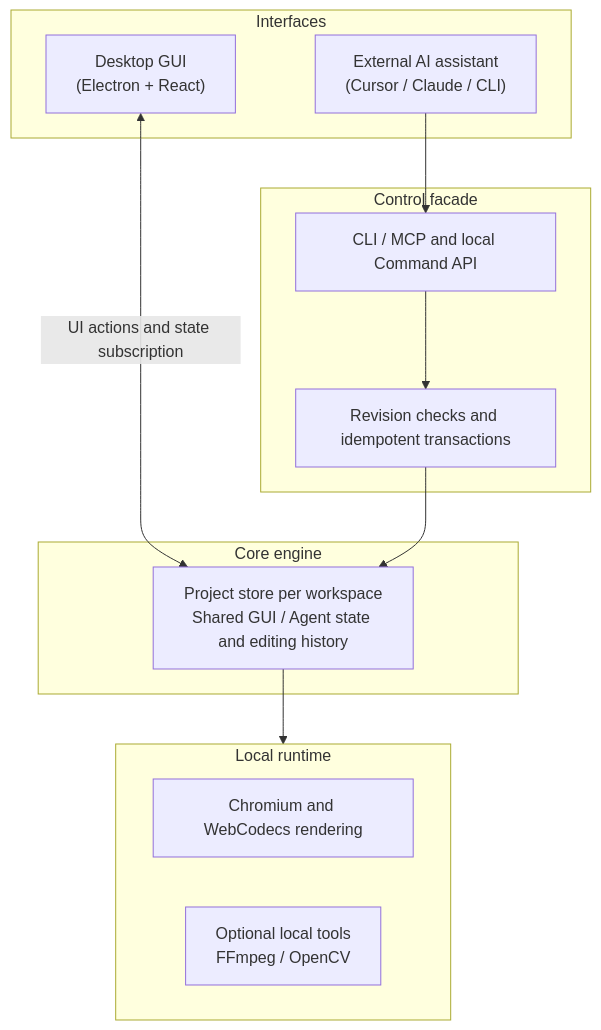
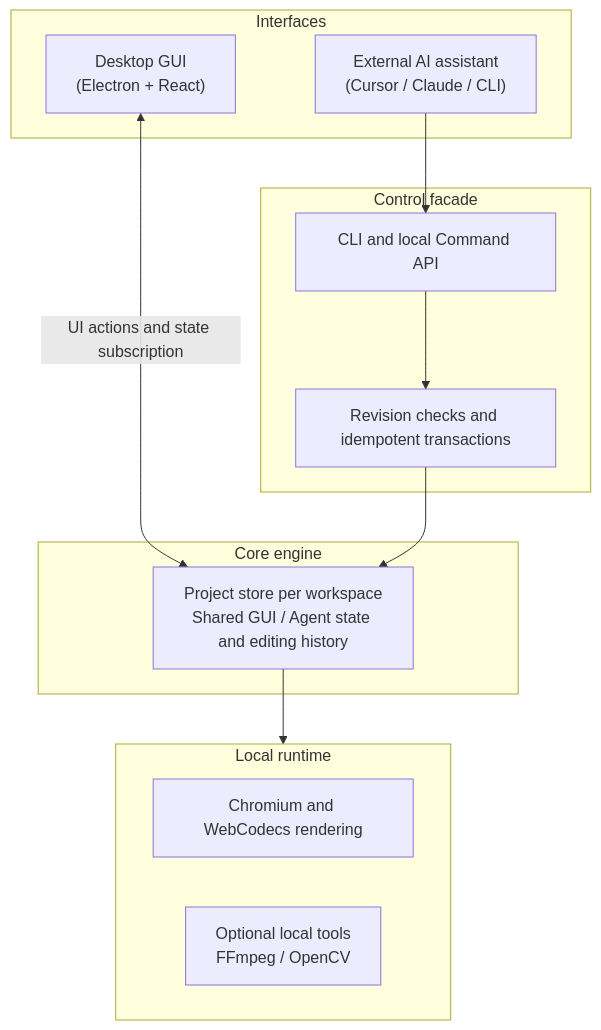
The second of 2 diagrams in README_en.md (yuchen-ya/reelterminal), drawn with Mermaid before and after one commit. The commit also changed other lines of this file and 183 other files, not shown here.

````diff
--- a/README_en.md
+++ b/README_en.md
@@ -116,25 +116,25 @@
 ```mermaid
 flowchart TD
     subgraph Clients ["Interfaces"]
         GUI["Desktop GUI<br>(Electron + React)"]
         Agent["External AI assistant<br>(Cursor / Claude / CLI)"]
     end
 
     subgraph Facade ["Control facade"]
-        Bridge["CLI / MCP and local Command API"]
+        Bridge["CLI and local Command API"]
         Guard["Revision checks and idempotent transactions"]
     end
 
     subgraph Core ["Core engine"]
         Store["Project store per workspace<br>Shared GUI / Agent state and editing history"]
     end
 
     subgraph Runtime ["Local runtime"]
         Render["Chromium and WebCodecs rendering"]
         Tools["Optional local tools<br>FFmpeg / OpenCV"]
     end
 
     GUI <-->|"UI actions and state subscription"| Store
     Agent --> Bridge --> Guard --> Store
     Store --> Runtime
 ```
````
